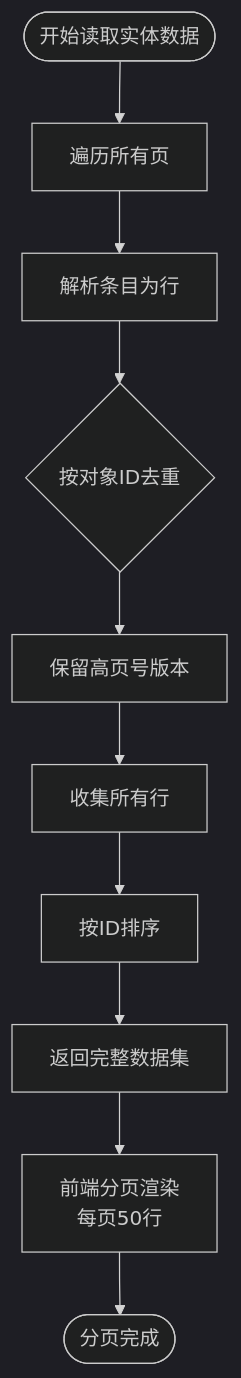
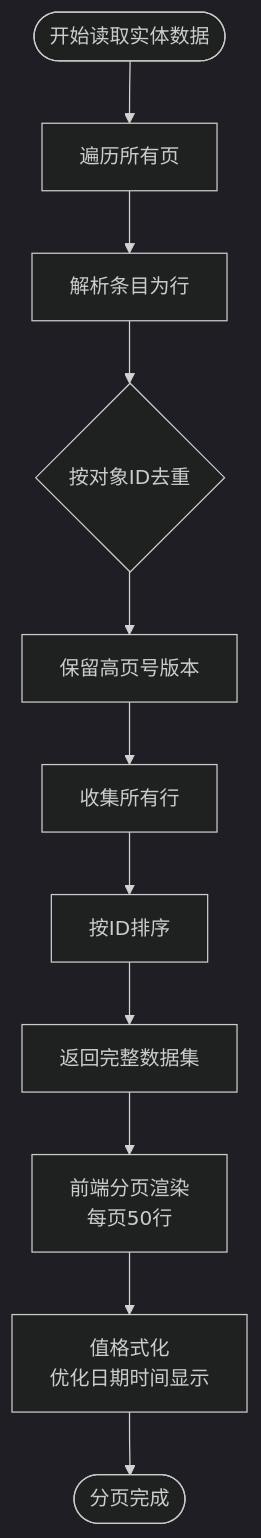
One commit to kongpf8848/objectbox_viewer changed the sixth of 8 diagrams in .qoder/repowiki/zh/content/UI 组件/数据表格面板.md. Above: the diagram before and after it, drawn with Mermaid (dark theme). The commit also changed other lines of this file and 9 other files, not shown here.

````diff
--- a/.qoder/repowiki/zh/content/UI 组件/数据表格面板.md
+++ b/.qoder/repowiki/zh/content/UI 组件/数据表格面板.md
@@ -270,12 +299,13 @@
 ```mermaid
 flowchart TD
 PStart(["开始读取实体数据"]) --> Scan["遍历所有页"]
 Scan --> Parse["解析条目为行"]
 Parse --> Dedup{"按对象ID去重"}
 Dedup --> Keep["保留高页号版本"]
 Keep --> Collect["收集所有行"]
 Collect --> Sort["按ID排序"]
 Sort --> FullData["返回完整数据集"]
 FullData --> PagedRender["前端分页渲染<br/>每页50行"]
-PagedRender --> PEnd(["分页完成"])
+PagedRender --> ValueFormatting["值格式化<br/>优化日期时间显示"]
+ValueFormatting --> PEnd(["分页完成"])
 ```
````
